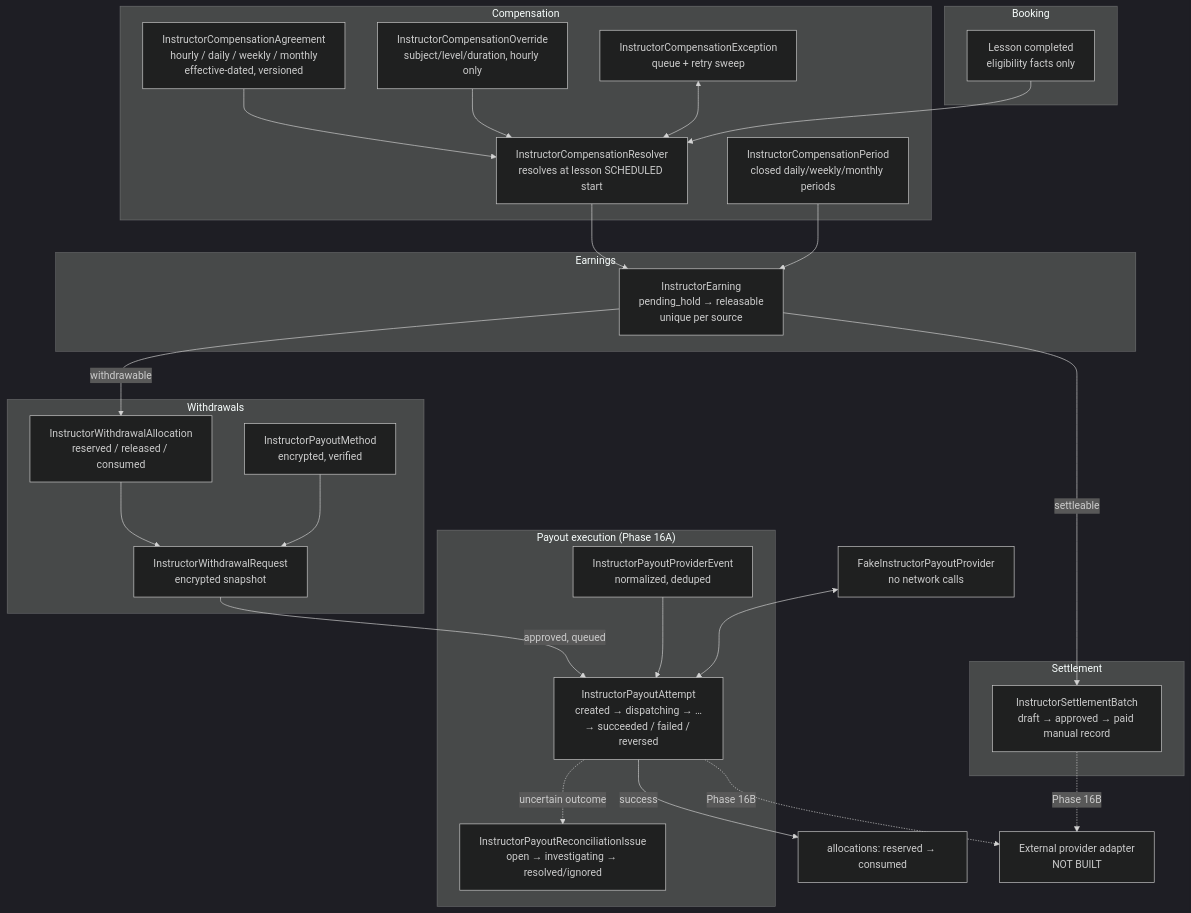
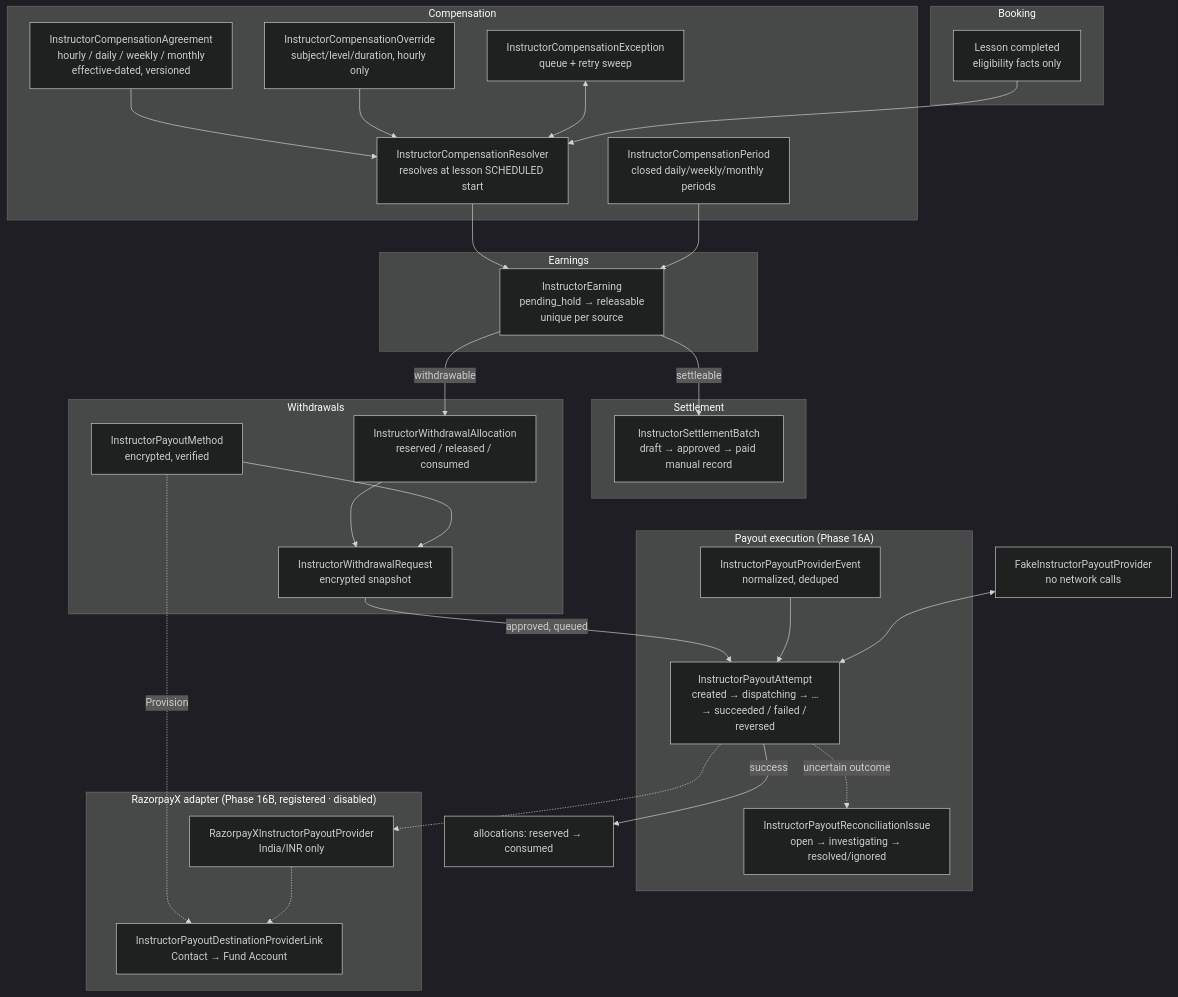
The first of 5 diagrams in docs/financial-domain-architecture.md (nileshkushvaha/siri-education), drawn with Mermaid (dark theme) before and after one commit. The commit also changed other lines of this file and 51 other files, not shown here.

Commit message:
RazorpayX India/INR Instructor Payout Adapter: Final Report

````diff
--- a/docs/financial-domain-architecture.md
+++ b/docs/financial-domain-architecture.md
@@ -46,40 +57,45 @@
 ```mermaid
 flowchart TD
     subgraph Compensation
         A[InstructorCompensationAgreement\nhourly / daily / weekly / monthly\neffective-dated, versioned] --> R[InstructorCompensationResolver\nresolves at lesson SCHEDULED start]
         O[InstructorCompensationOverride\nsubject/level/duration, hourly only] --> R
         X[InstructorCompensationException\nqueue + retry sweep] <--> R
         P[InstructorCompensationPeriod\nclosed daily/weekly/monthly periods]
     end
     subgraph Booking
         L[Lesson completed\neligibility facts only]
     end
     subgraph Earnings
         E[InstructorEarning\npending_hold → releasable\nunique per source]
     end
     L --> R --> E
     P --> E
     subgraph Settlement
         S[InstructorSettlementBatch\ndraft → approved → paid manual record]
     end
     subgraph Withdrawals
         M[InstructorPayoutMethod\nencrypted, verified]
         W[InstructorWithdrawalRequest\nencrypted snapshot]
         AL[InstructorWithdrawalAllocation\nreserved / released / consumed]
     end
     E -->|settleable| S
     E -->|withdrawable| AL --> W
     M --> W
     subgraph "Payout execution (Phase 16A)"
         PA[InstructorPayoutAttempt\ncreated → dispatching → …\n→ succeeded / failed / reversed]
         PE[InstructorPayoutProviderEvent\nnormalized, deduped]
         RI[InstructorPayoutReconciliationIssue\nopen → investigating → resolved/ignored]
     end
     W -->|approved, queued| PA
     PA -->|success| AL2[allocations: reserved → consumed]
     PA -.uncertain outcome.-> RI
     PE --> PA
     FP[FakeInstructorPayoutProvider\nno network calls] <--> PA
-    S -.->|Phase 16B| PAYX[External provider adapter\nNOT BUILT]
-    PA -.->|Phase 16B| PAYX
+    subgraph "RazorpayX adapter (Phase 16B, registered · disabled)"
+        DL[InstructorPayoutDestinationProviderLink\nContact → Fund Account]
+        RX[RazorpayXInstructorPayoutProvider\nIndia/INR only]
+    end
+    M -.->|Provision| DL
+    PA -.-> RX
+    RX -.-> DL
 ```
````
